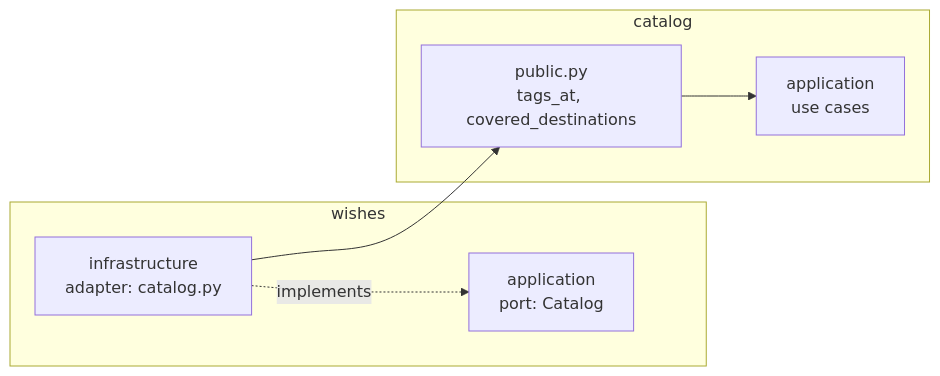
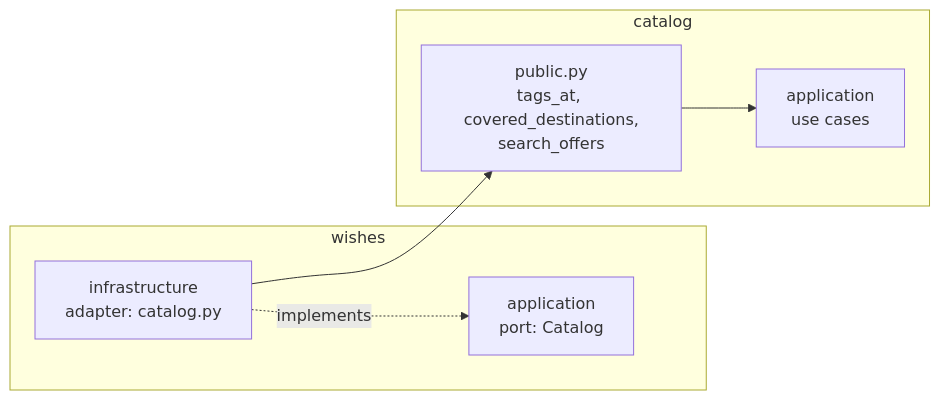
Before and after one commit to damnthonyy/Novoya: the second of 4 diagrams in docs/BACKEND.md, drawn with Mermaid. The commit also changed other lines of this file and 3 other files, not shown here.

````diff
--- a/docs/BACKEND.md
+++ b/docs/BACKEND.md
@@ -82,13 +82,13 @@
 ```mermaid
 flowchart LR
   subgraph W[wishes]
     WA[application<br/>port: Catalog] 
     WI[infrastructure<br/>adapter: catalog.py] -. implements .-> WA
   end
   subgraph C[catalog]
-    CP[public.py<br/>tags_at, covered_destinations]
+    CP[public.py<br/>tags_at, covered_destinations,<br/>search_offers]
     CA[application<br/>use cases]
     CP --> CA
   end
   WI --> CP
 ```
````
